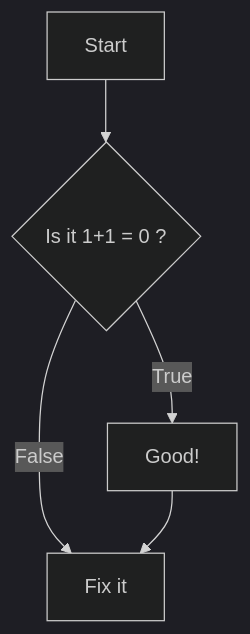
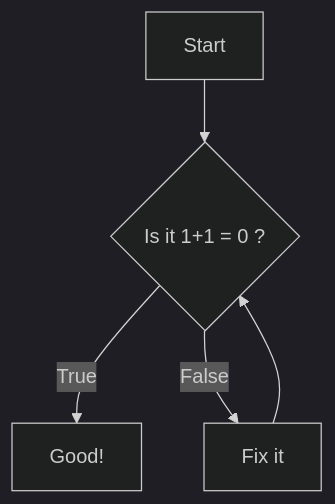
Before and after one commit to RattanArt/Model: the second of 2 diagrams in slideA.md, drawn with Mermaid (dark theme).

```diff
--- a/slideA.md
+++ b/slideA.md
@@ -12,7 +12,7 @@
 <div class="mermaid">
 graph TD
     A[Start] --> B{Is it 1+1 = 0 ?}
     B -- True --> C[Good!]
     B -- False --> D[Fix it]
-    C --> D
+    D --> B
 </div>
```
